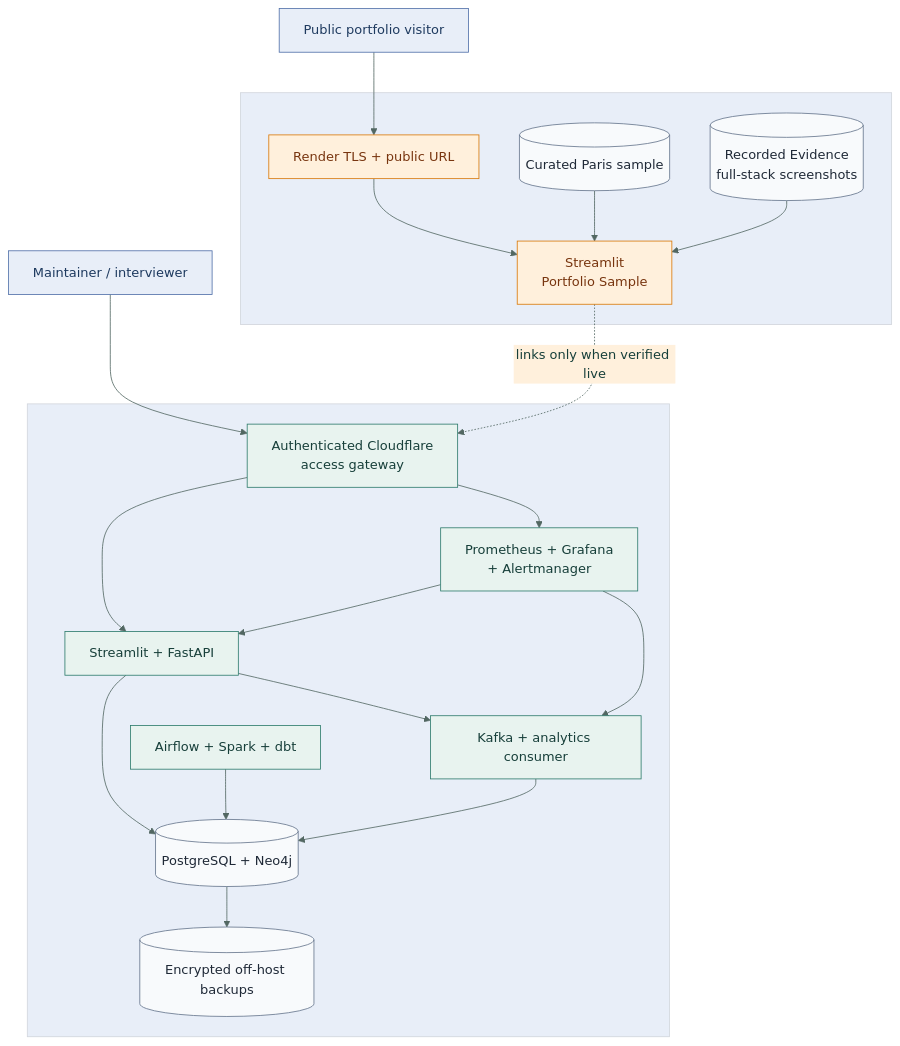
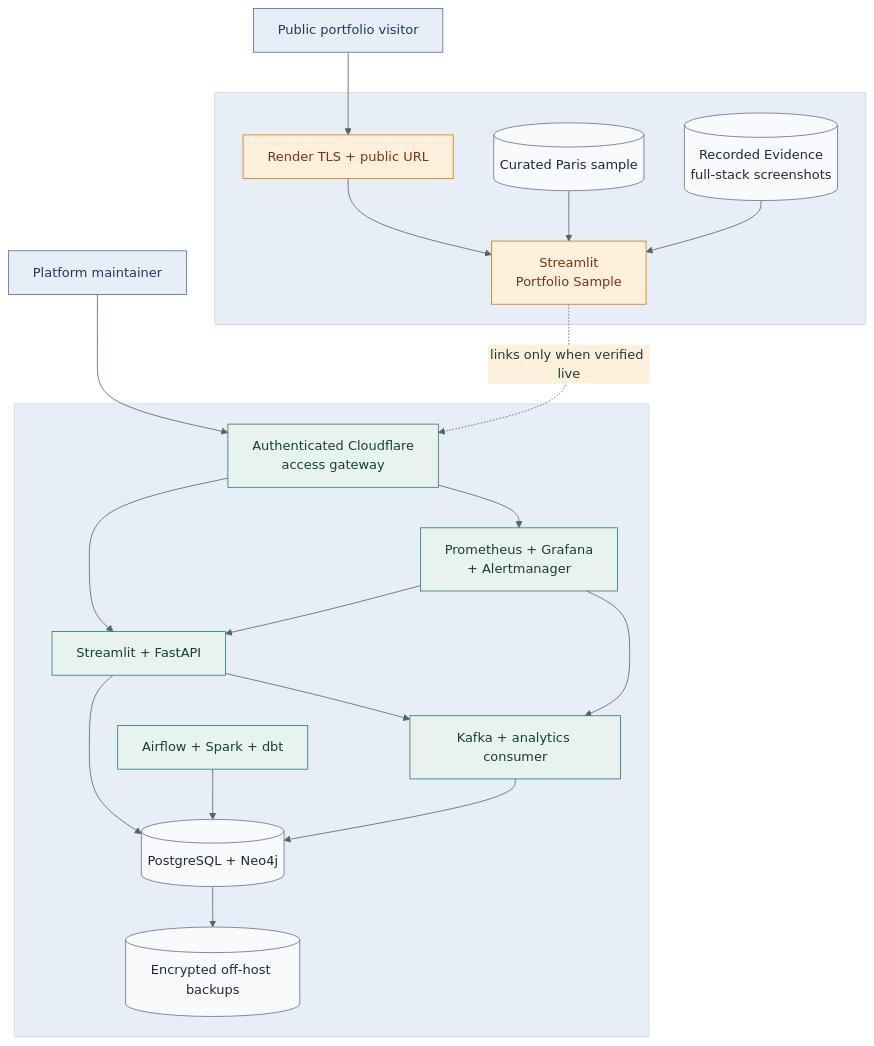
Before and after one commit to HassanSalamB/tourism-big-data-recommender: the diagram in docs/architecture/04-deployment-topology.mmd, drawn with Mermaid. The commit also changed 7 other files, not shown here.

```diff
--- a/docs/architecture/04-deployment-topology.mmd
+++ b/docs/architecture/04-deployment-topology.mmd
@@ -1,47 +1,47 @@
 %%{init: {"theme":"base", "themeVariables":{"background":"#fbfaf7","primaryColor":"#e8f3ef","primaryTextColor":"#173f3a","primaryBorderColor":"#2c7a6b","lineColor":"#526762","secondaryColor":"#fff0dc","tertiaryColor":"#e8eef8","fontFamily":"Inter, Arial, sans-serif"}}}%%
 flowchart TB
     visitor["Public portfolio visitor"]
-    maintainer["Maintainer / interviewer"]
+    maintainer["Platform maintainer"]
 
     subgraph public_edge[" "]
         tls["Render TLS + public URL"]
         public_ui["Streamlit<br/>Portfolio Sample"]
         evidence[("Recorded Evidence<br/>full-stack screenshots")]
         sample[("Curated Paris sample")]
         tls --> public_ui
         sample --> public_ui
         evidence --> public_ui
     end
 
     subgraph private_platform[" "]
         gateway["Authenticated Cloudflare<br/>access gateway"]
         product["Streamlit + FastAPI"]
         orchestration["Airflow + Spark + dbt"]
         events["Kafka + analytics consumer"]
         stores[("PostgreSQL + Neo4j")]
         operations["Prometheus + Grafana<br/>+ Alertmanager"]
         backups[("Encrypted off-host backups")]
 
         gateway --> product
         gateway --> operations
         product --> stores
         orchestration --> stores
         product --> events
         events --> stores
         operations --> product
         operations --> events
         stores --> backups
     end
 
     visitor --> tls
     maintainer --> gateway
     public_ui -.->|"links only when verified live"| gateway
 
     classDef person fill:#e8eef8,stroke:#4f6fa8,color:#1e3a5f;
     classDef public fill:#fff0dc,stroke:#d97706,color:#78350f;
     classDef private fill:#e8f3ef,stroke:#2c7a6b,color:#173f3a;
     classDef store fill:#f8fafc,stroke:#64748b,color:#1f2937;
     class visitor,maintainer person;
     class tls,public_ui public;
     class gateway,product,orchestration,events,operations private;
     class evidence,sample,stores,backups store;
```
